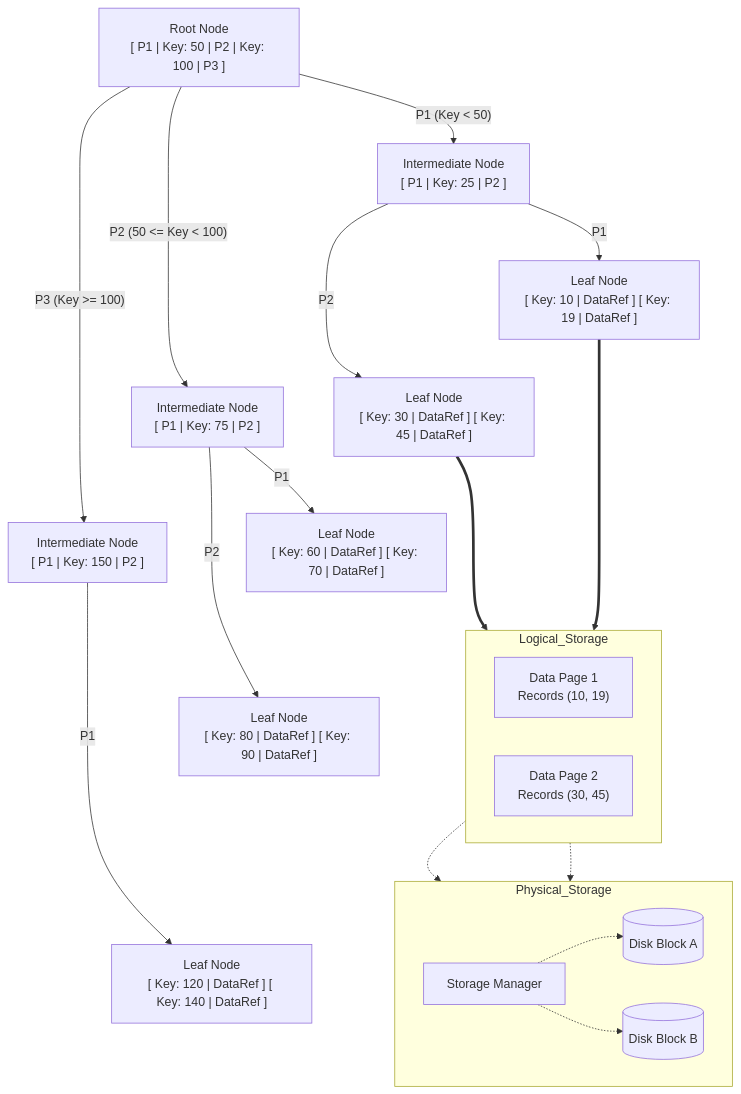
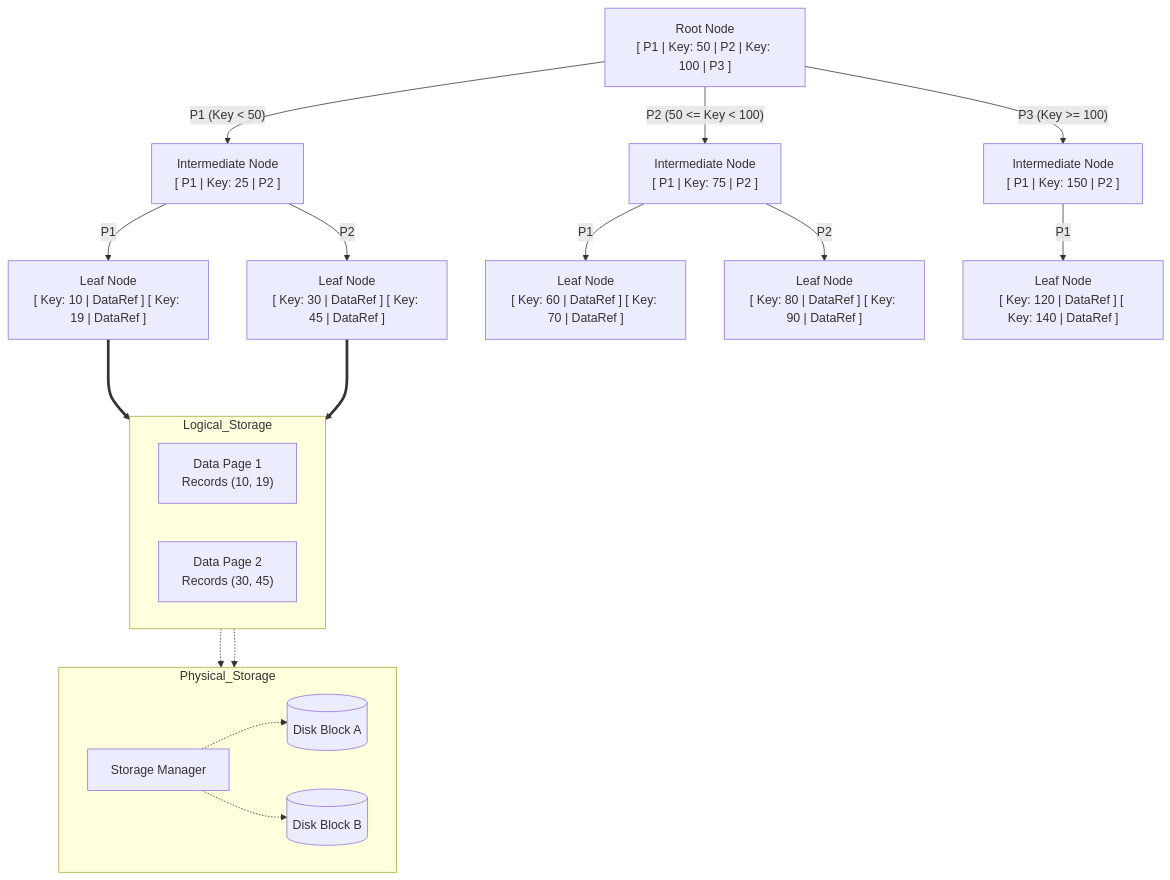
Before and after one commit to purnatadikonda5/DBMS-Notes: the ninth of 9 diagrams in DBMS_Indexing_Guide.md, drawn with Mermaid. The commit also changed other lines of this file, not shown here.

Commit message:
Remove invisible links to fix Mermaid horizontal alignment

````diff
--- a/DBMS_Indexing_Guide.md
+++ b/DBMS_Indexing_Guide.md
@@ -384,59 +381,57 @@
 ```mermaid
 flowchart TD
     %% Root Level
     Root["Root Node\n[ P1 | Key: 50 | P2 | Key: 100 | P3 ]"]
     
     %% Intermediate Level
     Int1["Intermediate Node\n[ P1 | Key: 25 | P2 ]"]
     Int2["Intermediate Node\n[ P1 | Key: 75 | P2 ]"]
     Int3["Intermediate Node\n[ P1 | Key: 150 | P2 ]"]
     
     %% Force Intermediate Nodes into a single horizontal row
-    Int1 ~~~ Int2 ~~~ Int3
     
     %% Leaf Level
     Leaf1["Leaf Node\n[ Key: 10 | DataRef ] [ Key: 19 | DataRef ]"]
     Leaf2["Leaf Node\n[ Key: 30 | DataRef ] [ Key: 45 | DataRef ]"]
     Leaf3["Leaf Node\n[ Key: 60 | DataRef ] [ Key: 70 | DataRef ]"]
     Leaf4["Leaf Node\n[ Key: 80 | DataRef ] [ Key: 90 | DataRef ]"]
     Leaf5["Leaf Node\n[ Key: 120 | DataRef ] [ Key: 140 | DataRef ]"]
     
     %% Force Leaf Nodes into a single horizontal row
-    Leaf1 ~~~ Leaf2 ~~~ Leaf3 ~~~ Leaf4 ~~~ Leaf5
     
     %% Tree Connections
     Root -- "P1 (Key < 50)" --> Int1
     Root -- "P2 (50 <= Key < 100)" --> Int2
     Root -- "P3 (Key >= 100)" --> Int3
     
     Int1 -- "P1" --> Leaf1
     Int1 -- "P2" --> Leaf2
     
     Int2 -- "P1" --> Leaf3
     Int2 -- "P2" --> Leaf4
     
     Int3 -- "P1" --> Leaf5
     
     subgraph Logical_Storage
         direction LR
         DP1["Data Page 1\nRecords (10, 19)"]
         DP2["Data Page 2\nRecords (30, 45)"]
     end
     
     subgraph Physical_Storage
         direction LR
         SM["Storage Manager"]
         DB1[("Disk Block A")]
         DB2[("Disk Block B")]
     end
     
     %% Data References pointing out of the tree
     Leaf1 ===> DP1
     Leaf2 ===> DP2
     
     %% Storage Manager Mapping
     DP1 -.-> SM
     DP2 -.-> SM
     SM -.-> DB1
     SM -.-> DB2
 ```
````
